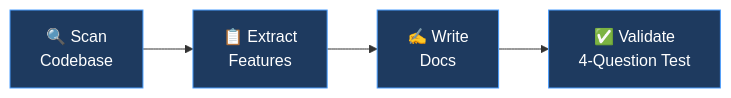
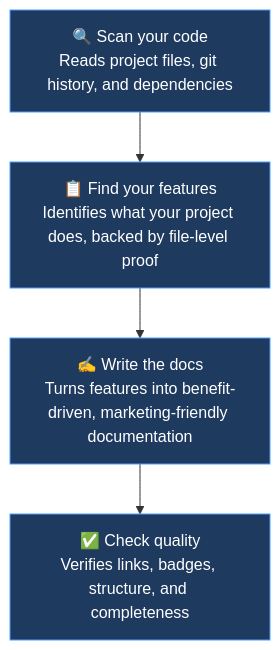
One commit to littlebearapps/pitchdocs changed the diagram in README.md. Above: the diagram before and after it, drawn with Mermaid. The commit also changed other lines of this file, not shown here.

First line of the commit message:
docs: condense README body, remove Why section, improve How It Works diagram

````diff
--- a/README.md
+++ b/README.md
@@ -91,11 +73,11 @@
 ```mermaid
-flowchart LR
-    A["🔍 Scan\nCodebase"] --> B["📋 Extract\nFeatures"]
-    B --> C["✍️ Write\nDocs"]
-    C --> D["✅ Validate\n4-Question Test"]
+flowchart TB
+    A["🔍 Scan your code\nReads project files, git history, and dependencies"] --> B["📋 Find your features\nIdentifies what your project does, backed by file-level proof"]
+    B --> C["✍️ Write the docs\nTurns features into benefit-driven, marketing-friendly documentation"]
+    C --> D["✅ Check quality\nVerifies links, badges, structure, and completeness"]
 
     style A fill:#1e3a5f,stroke:#4a9eff,color:#fff
     style B fill:#1e3a5f,stroke:#4a9eff,color:#fff
     style C fill:#1e3a5f,stroke:#4a9eff,color:#fff
     style D fill:#1e3a5f,stroke:#4a9eff,color:#fff
 ```
````
